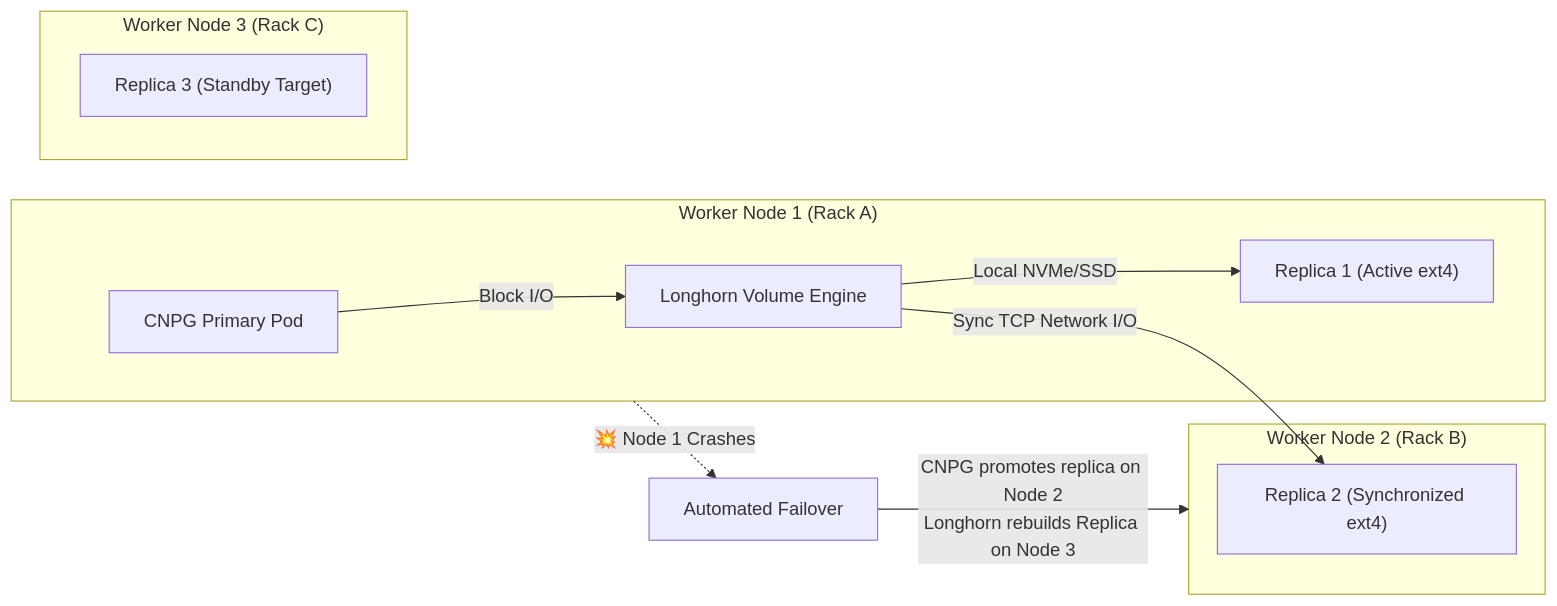
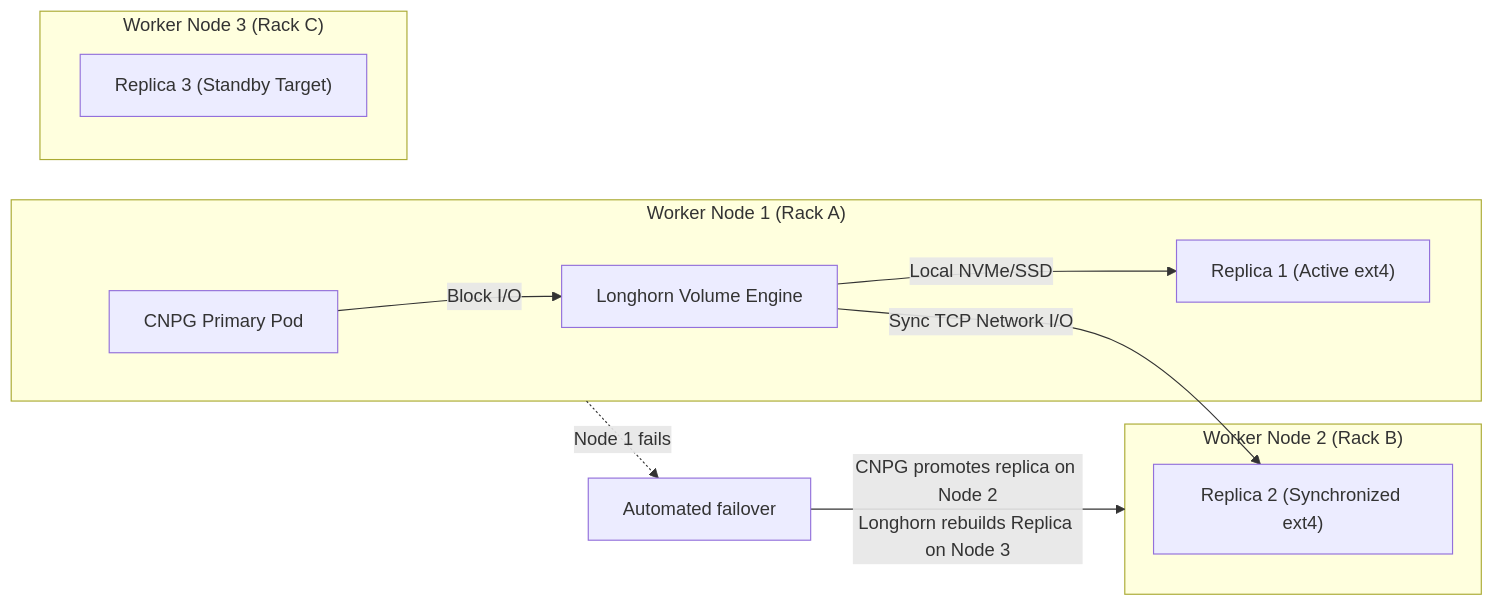
One commit to abdelkderboukert/cloud-native-resilient-blueprint changed the third of 5 diagrams in README.md. Above: the diagram before and after it, drawn with Mermaid. The commit also changed other lines of this file and 21 other files, not shown here.

````diff
--- a/README.md
+++ b/README.md
@@ -168,23 +168,23 @@
 ```mermaid
 flowchart LR
     subgraph Node1["Worker Node 1 (Rack A)"]
         AppPod["CNPG Primary Pod"]
         LH_Engine["Longhorn Volume Engine"]
         ReplicaA["Replica 1 (Active ext4)"]
     end
 
     subgraph Node2["Worker Node 2 (Rack B)"]
         ReplicaB["Replica 2 (Synchronized ext4)"]
     end
 
     subgraph Node3["Worker Node 3 (Rack C)"]
         ReplicaStandby["Replica 3 (Standby Target)"]
     end
 
     AppPod -->|Block I/O| LH_Engine
     LH_Engine -->|Local NVMe/SSD| ReplicaA
     LH_Engine -->|Sync TCP Network I/O| ReplicaB
 
-    Node1 -.->|"💥 Node 1 Crashes"| Failover["Automated Failover"]
+    Node1 -.->|"Node 1 fails"| Failover["Automated failover"]
     Failover -->|"CNPG promotes replica on Node 2<br/>Longhorn rebuilds Replica on Node 3"| Node2
 ```
````
